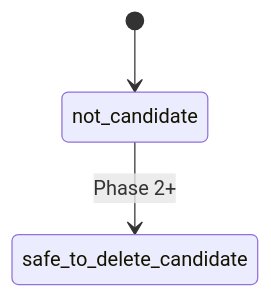
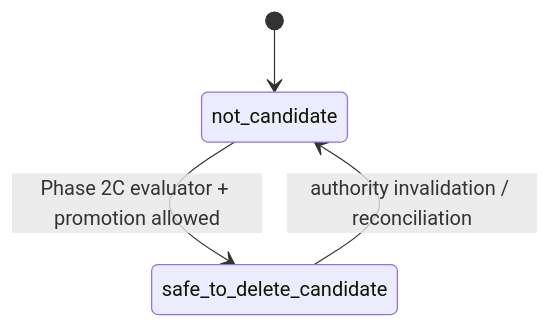
Before and after one commit to oyabu-koji/nas_mini: the sixth of 7 diagrams in docs/functional-design.md, drawn with Mermaid. The commit also changed other lines of this file and 85 other files, not shown here.

Commit message:
feat: add phase 2c safe delete candidates

````diff
--- a/docs/functional-design.md
+++ b/docs/functional-design.md
@@ -285,5 +285,6 @@
 ```mermaid
 stateDiagram-v2
     [*] --> not_candidate
-    not_candidate --> safe_to_delete_candidate: Phase 2+
+    not_candidate --> safe_to_delete_candidate: Phase 2C evaluator + promotion allowed
+    safe_to_delete_candidate --> not_candidate: authority invalidation / reconciliation
 ```
````
